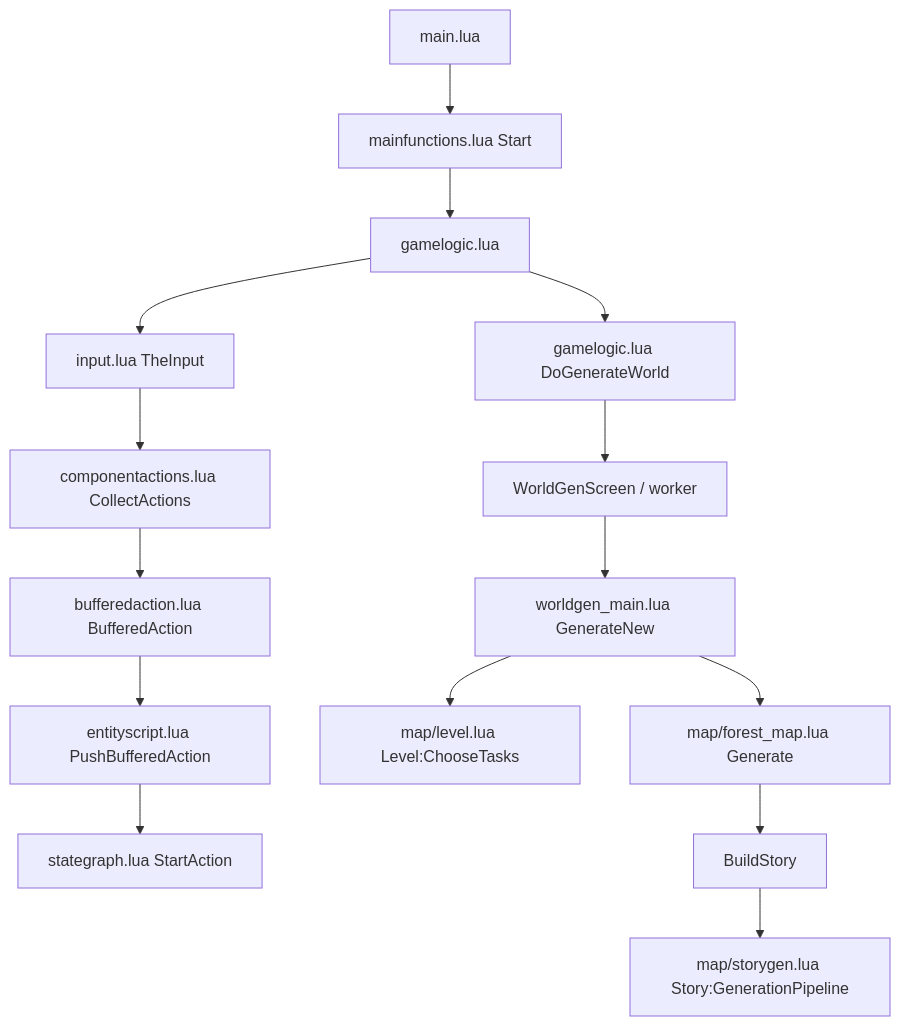
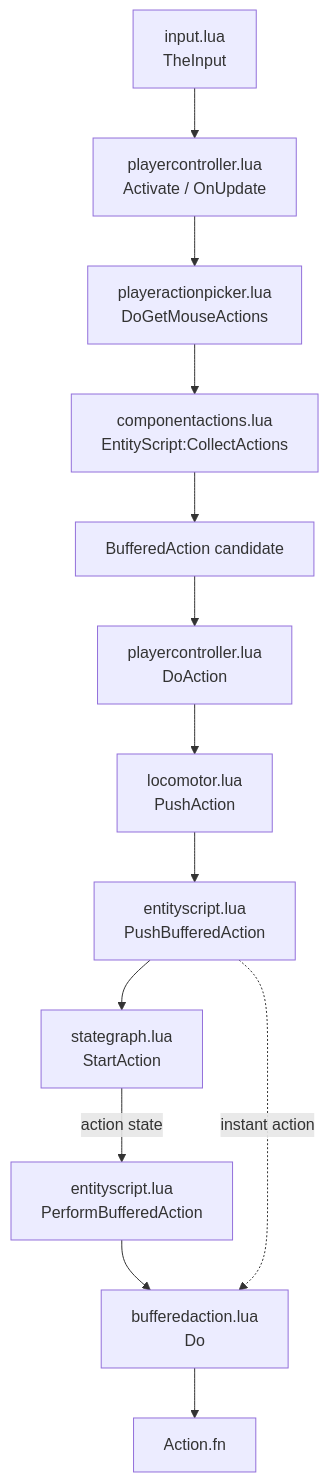
Before and after one commit to LetsStarveTogether/dst-server: the first of 2 diagrams in dst-scripts/index/0x1000-orientation/0x1003-reading-workflows.md, drawn with Mermaid. The commit also changed other lines of this file and 83 other files, not shown here.

```diff
--- a/dst-scripts/index/0x1000-orientation/0x1003-reading-workflows.md
+++ b/dst-scripts/index/0x1000-orientation/0x1003-reading-workflows.md
@@ -30,18 +41,15 @@
 ~~~mermaid
 flowchart TD
-    A["main.lua"]
-    A --> B["mainfunctions.lua Start"]
-    B --> C["gamelogic.lua"]
-    C --> D["input.lua TheInput"]
-    D --> E["componentactions.lua CollectActions"]
-    E --> F["bufferedaction.lua BufferedAction"]
-    F --> G["entityscript.lua PushBufferedAction"]
-    G --> H["stategraph.lua StartAction"]
-    C --> I["gamelogic.lua DoGenerateWorld"]
-    I --> J["WorldGenScreen / worker"]
-    J --> K["worldgen_main.lua GenerateNew"]
-    K --> L["map/level.lua Level:ChooseTasks"]
-    K --> M["map/forest_map.lua Generate"]
-    M --> N["BuildStory"]
-    N --> O["map/storygen.lua Story:GenerationPipeline"]
+    A["input.lua<br/>TheInput"] --> B["playercontroller.lua<br/>Activate / OnUpdate"]
+    B --> C["playeractionpicker.lua<br/>DoGetMouseActions"]
+    C --> D["componentactions.lua<br/>EntityScript:CollectActions"]
+    D --> E["BufferedAction candidate"]
+    E --> F["playercontroller.lua<br/>DoAction"]
+    F --> G["locomotor.lua<br/>PushAction"]
+    G --> H["entityscript.lua<br/>PushBufferedAction"]
+    H --> I["stategraph.lua<br/>StartAction"]
+    I -->|action state| J["entityscript.lua<br/>PerformBufferedAction"]
+    J --> K["bufferedaction.lua<br/>Do"]
+    K --> L["Action.fn"]
+    H -. instant action .-> K
 ~~~
```
